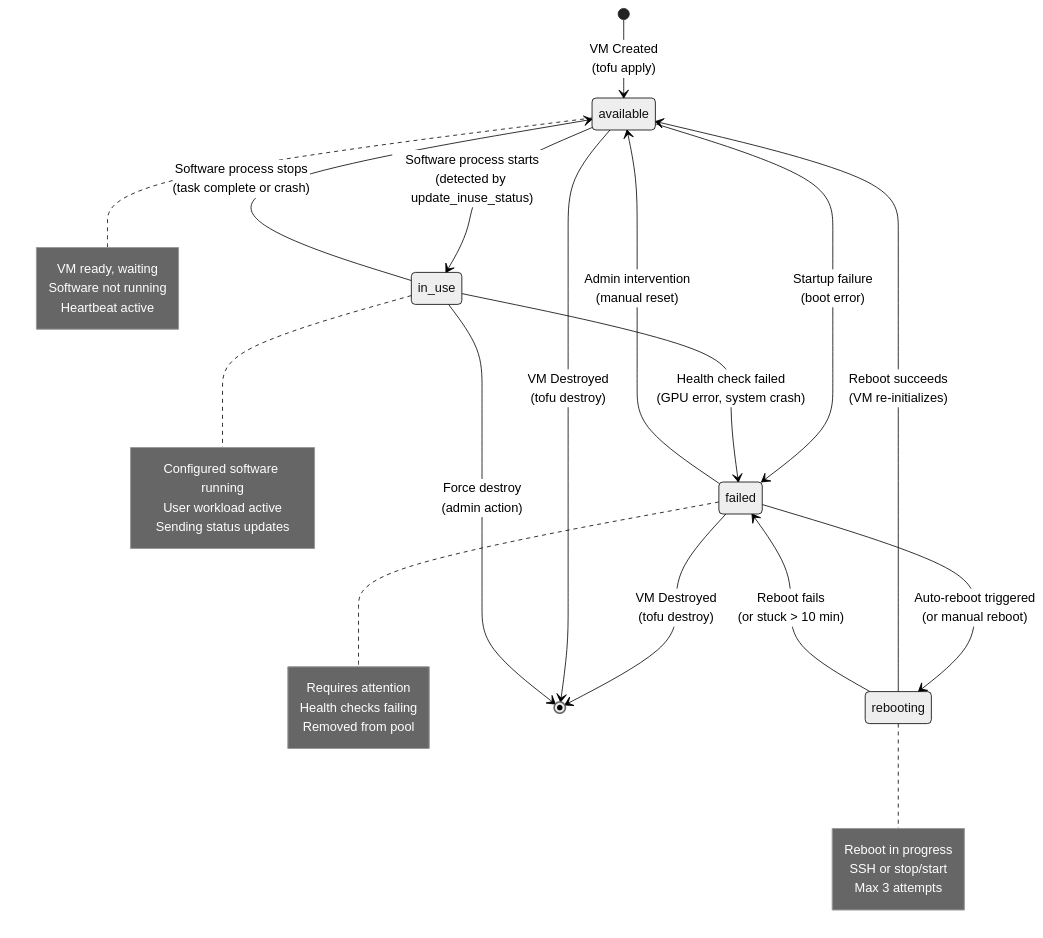
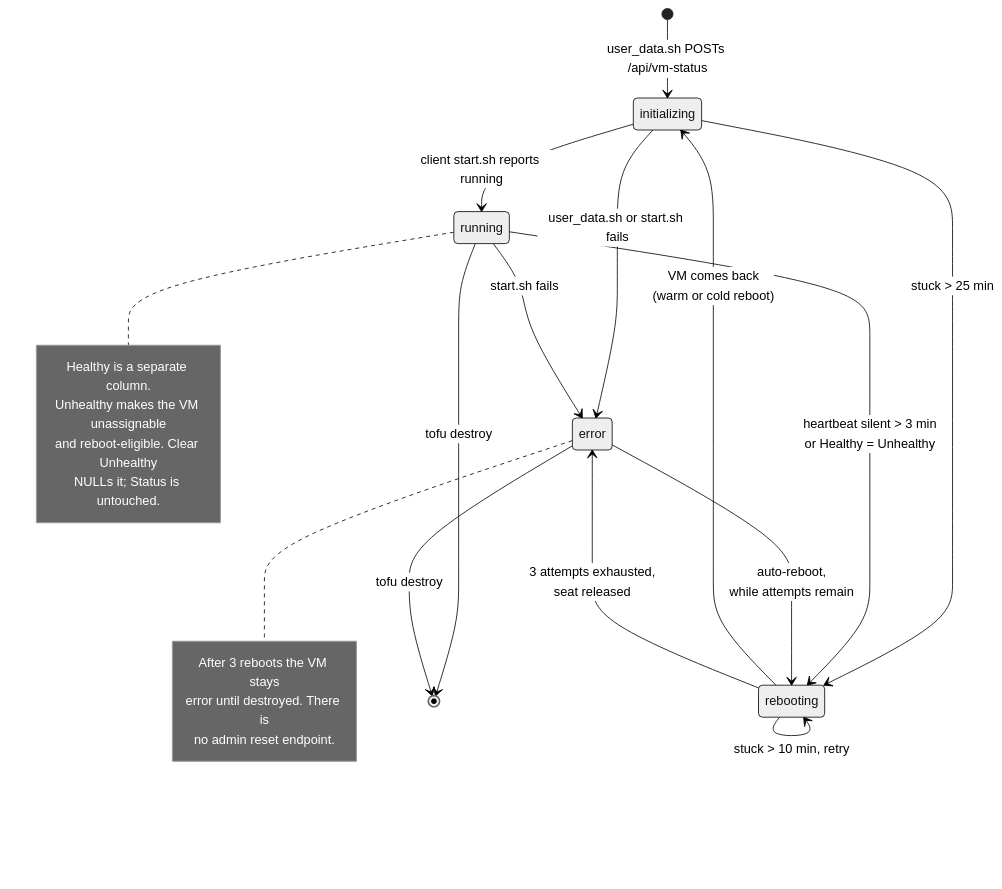
One commit to talmolab/lablink changed the first of 4 diagrams in docs/architecture.md. Above: the diagram before and after it, drawn with Mermaid (neutral theme). The commit also changed other lines of this file and 29 other files, not shown here.

````diff
--- a/docs/architecture.md
+++ b/docs/architecture.md
@@ -249,43 +201,28 @@
 ```mermaid
 stateDiagram-v2
-    [*] --> available: VM Created<br/>(tofu apply)
+    [*] --> initializing: user_data.sh POSTs /api/vm-status
+    initializing --> running: client start.sh reports running
+    initializing --> error: user_data.sh or start.sh fails
+    running --> error: start.sh fails
+    initializing --> rebooting: stuck > 25 min
+    running --> rebooting: heartbeat silent > 3 min<br/>or Healthy = Unhealthy
+    error --> rebooting: auto-reboot,<br/>while attempts remain
+    rebooting --> initializing: VM comes back<br/>(warm or cold reboot)
+    rebooting --> rebooting: stuck > 10 min, retry
+    rebooting --> error: 3 attempts exhausted,<br/>seat released
+    running --> [*]: tofu destroy
+    error --> [*]: tofu destroy
 
-    available --> in_use: Software process starts<br/>(detected by update_inuse_status)
-    in_use --> available: Software process stops<br/>(task complete or crash)
-
-    available --> failed: Startup failure<br/>(boot error)
-    in_use --> failed: Health check failed<br/>(GPU error, system crash)
-
-    failed --> rebooting: Auto-reboot triggered<br/>(or manual reboot)
-    rebooting --> available: Reboot succeeds<br/>(VM re-initializes)
-    rebooting --> failed: Reboot fails<br/>(or stuck > 10 min)
-
-    failed --> available: Admin intervention<br/>(manual reset)
-    failed --> [*]: VM Destroyed<br/>(tofu destroy)
-    available --> [*]: VM Destroyed<br/>(tofu destroy)
-    in_use --> [*]: Force destroy<br/>(admin action)
-
-    note right of available
-        VM ready, waiting
-        Software not running
-        Heartbeat active
+    note right of running
+        Healthy is a separate column.
+        Unhealthy makes the VM unassignable
+        and reboot-eligible. Clear Unhealthy
+        NULLs it; Status is untouched.
     end note
 
-    note right of in_use
-        Configured software running
-        User workload active
-        Sending status updates
-    end note
-
-    note right of failed
-        Requires attention
-        Health checks failing
-        Removed from pool
-    end note
-
-    note right of rebooting
-        Reboot in progress
-        SSH or stop/start
-        Max 3 attempts
+    note right of error
+        After 3 reboots the VM stays
+        error until destroyed. There is
+        no admin reset endpoint.
     end note
 ```
````
